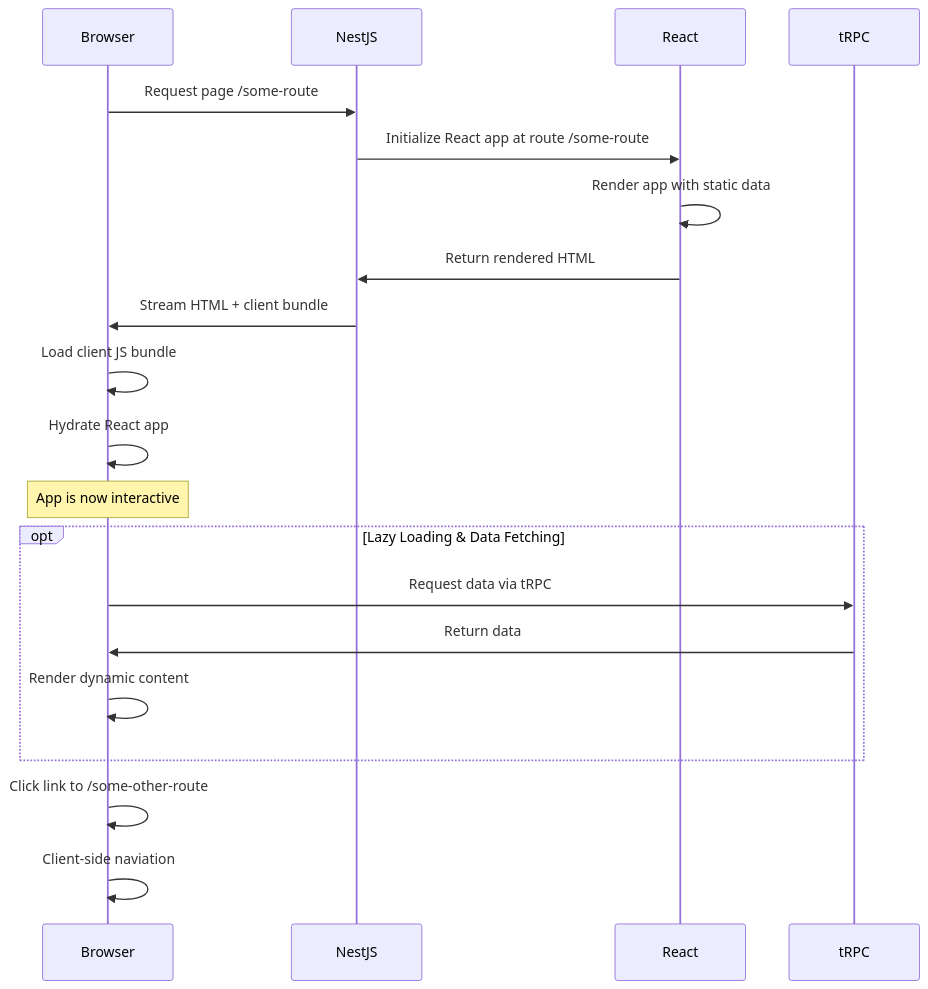
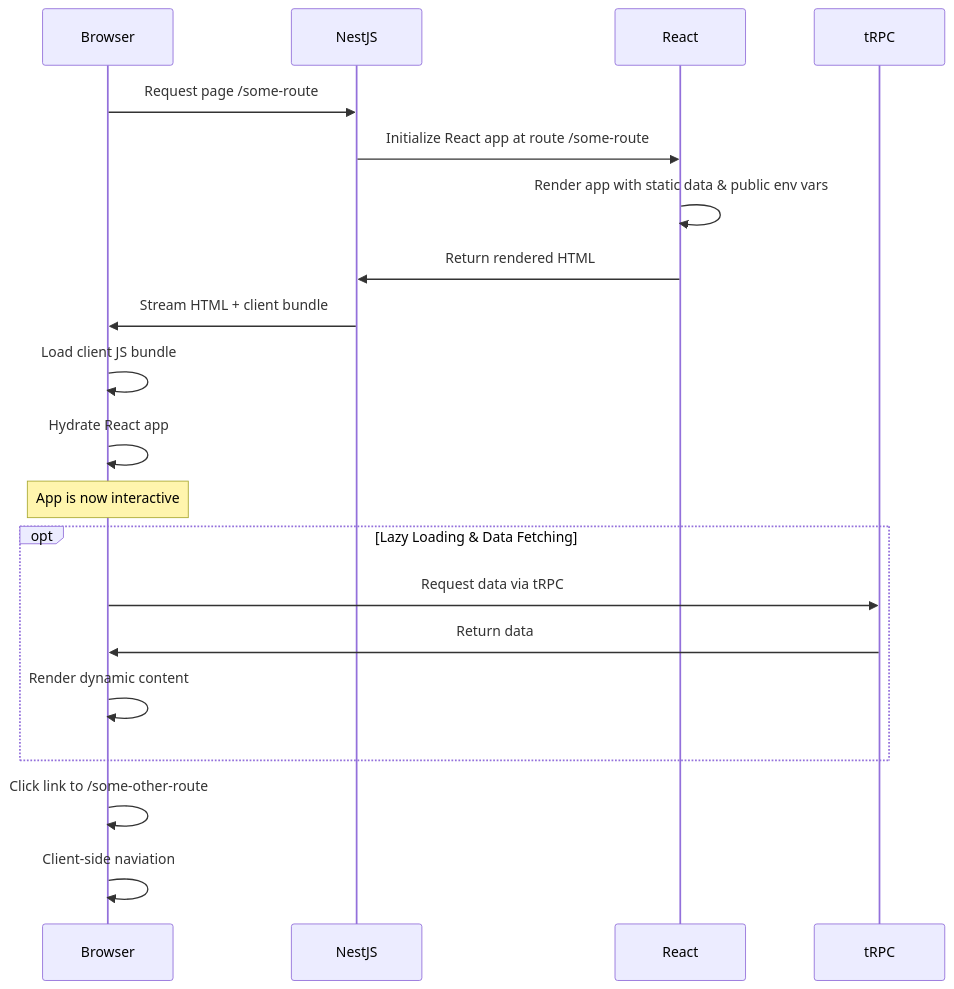
The diagram in apps/api/README.md (mjftw/fullstack-ts-starter), drawn with Mermaid before and after one commit.

````diff
--- a/apps/api/README.md
+++ b/apps/api/README.md
@@ -398,25 +398,25 @@
 ```mermaid
 sequenceDiagram
     participant Browser
     participant NestJS
     participant React
     participant tRPC
 
     Browser->>NestJS: Request page /some-route
     NestJS->>React: Initialize React app at route /some-route
-    React->>React: Render app with static data
+    React->>React: Render app with static data & public env vars
     React->>NestJS: Return rendered HTML
     NestJS->>Browser: Stream HTML + client bundle
     Browser->>Browser: Load client JS bundle
     Browser->>Browser: Hydrate React app
     Note over Browser: App is now interactive
 
     opt Lazy Loading & Data Fetching
         Browser->>tRPC: Request data via tRPC
         tRPC->>Browser: Return data
         Browser->>Browser: Render dynamic content
     end
 
     Browser->>Browser: Click link to /some-other-route
     Browser->>Browser: Client-side naviation
 ```
````
